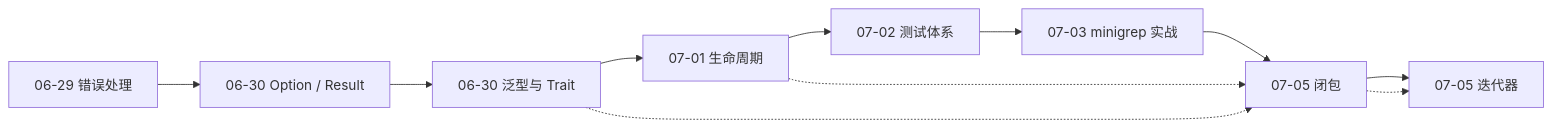
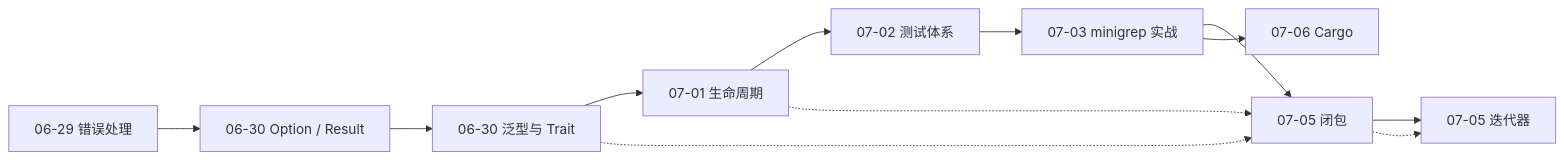
The diagram in README.md (lliusshijjie/Rust_xmind), drawn with Mermaid before and after one commit. The commit also changed other lines of this file and 1 other file, not shown here.

Commit message:
Add cargo notes, rename xmind to English, update README knowledge graph.

````diff
--- a/README.md
+++ b/README.md
@@ -7,14 +7,15 @@
 ```mermaid
 graph LR
     A["06-29 错误处理"] --> B["06-30 Option / Result"]
     B --> C["06-30 泛型与 Trait"]
     C --> D["07-01 生命周期"]
     D --> E["07-02 测试体系"]
     E --> F["07-03 minigrep 实战"]
     F --> G["07-05 闭包"]
     G --> H["07-05 迭代器"]
+    F --> I["07-06 Cargo"]
 
     C -.-> G
     D -.-> G
     G -.-> H
 ```
````
